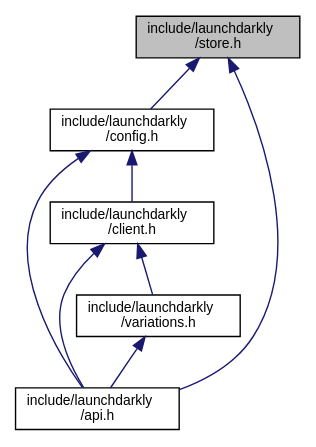
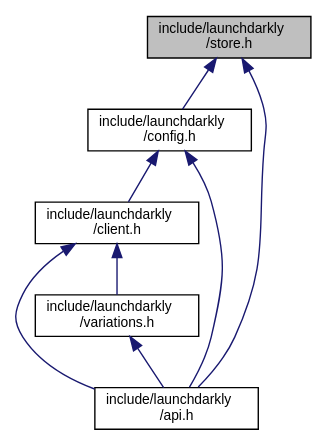
One commit to launchdarkly/c-server-sdk changed the diagram in store_8h__dep__incl.dot. Above: the diagram before and after it, drawn with Graphviz. The commit also changed 56 other files, not shown here.

```diff
--- a/store_8h__dep__incl.dot
+++ b/store_8h__dep__incl.dot
@@ -1,17 +1,17 @@
 digraph "include/launchdarkly/store.h"
 {
   edge [fontname="Helvetica",fontsize="10",labelfontname="Helvetica",labelfontsize="10"];
   node [fontname="Helvetica",fontsize="10",shape=record];
   Node3 [label="include/launchdarkly\l/store.h",height=0.2,width=0.4,color="black", fillcolor="grey75", style="filled", fontcolor="black"];
   Node3 -> Node4 [dir="back",color="midnightblue",fontsize="10",style="solid",fontname="Helvetica"];
   Node4 [label="include/launchdarkly\l/config.h",height=0.2,width=0.4,color="black", fillcolor="white", style="filled",URL="$config_8h.html",tooltip="Public API Interface for Configuration. "];
   Node4 -> Node5 [dir="back",color="midnightblue",fontsize="10",style="solid",fontname="Helvetica"];
-  Node5 [label="include/launchdarkly\l/api.h",height=0.2,width=0.4,color="black", fillcolor="white", style="filled",URL="$api_8h.html",tooltip="Public API. Include this for every public operation. "];
+  Node5 [label="include/launchdarkly\l/client.h",height=0.2,width=0.4,color="black", fillcolor="white", style="filled",URL="$client_8h.html",tooltip="Public API Interface for Client operations. "];
+  Node5 -> Node6 [dir="back",color="midnightblue",fontsize="10",style="solid",fontname="Helvetica"];
+  Node6 [label="include/launchdarkly\l/api.h",height=0.2,width=0.4,color="black", fillcolor="white", style="filled",URL="$api_8h.html",tooltip="Public API. Include this for every public operation. "];
+  Node5 -> Node7 [dir="back",color="midnightblue",fontsize="10",style="solid",fontname="Helvetica"];
+  Node7 [label="include/launchdarkly\l/variations.h",height=0.2,width=0.4,color="black", fillcolor="white", style="filled",URL="$variations_8h.html",tooltip="Public API Interface for evaluation variations. "];
+  Node7 -> Node6 [dir="back",color="midnightblue",fontsize="10",style="solid",fontname="Helvetica"];
   Node4 -> Node6 [dir="back",color="midnightblue",fontsize="10",style="solid",fontname="Helvetica"];
-  Node6 [label="include/launchdarkly\l/client.h",height=0.2,width=0.4,color="black", fillcolor="white", style="filled",URL="$client_8h.html",tooltip="Public API Interface for Client operations. "];
-  Node6 -> Node5 [dir="back",color="midnightblue",fontsize="10",style="solid",fontname="Helvetica"];
-  Node6 -> Node7 [dir="back",color="midnightblue",fontsize="10",style="solid",fontname="Helvetica"];
-  Node7 [label="include/launchdarkly\l/variations.h",height=0.2,width=0.4,color="black", fillcolor="white", style="filled",URL="$variations_8h.html",tooltip="Public API Interface for evaluation variations. "];
-  Node7 -> Node5 [dir="back",color="midnightblue",fontsize="10",style="solid",fontname="Helvetica"];
-  Node3 -> Node5 [dir="back",color="midnightblue",fontsize="10",style="solid",fontname="Helvetica"];
+  Node3 -> Node6 [dir="back",color="midnightblue",fontsize="10",style="solid",fontname="Helvetica"];
 }
```
